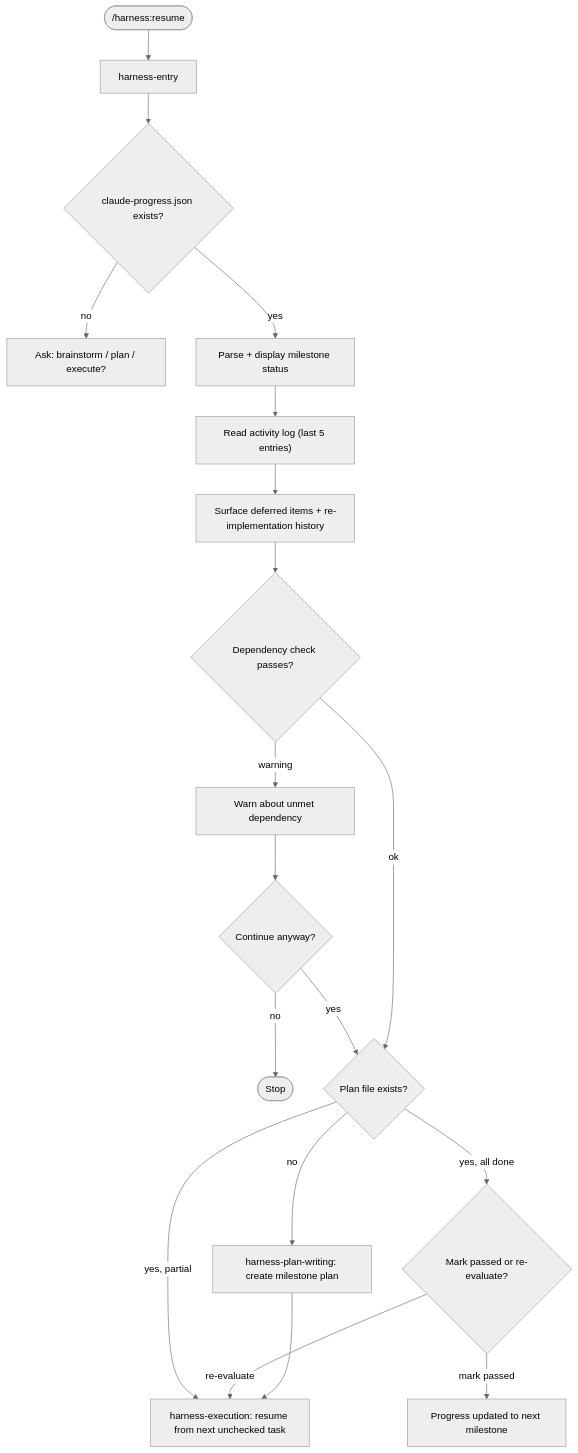
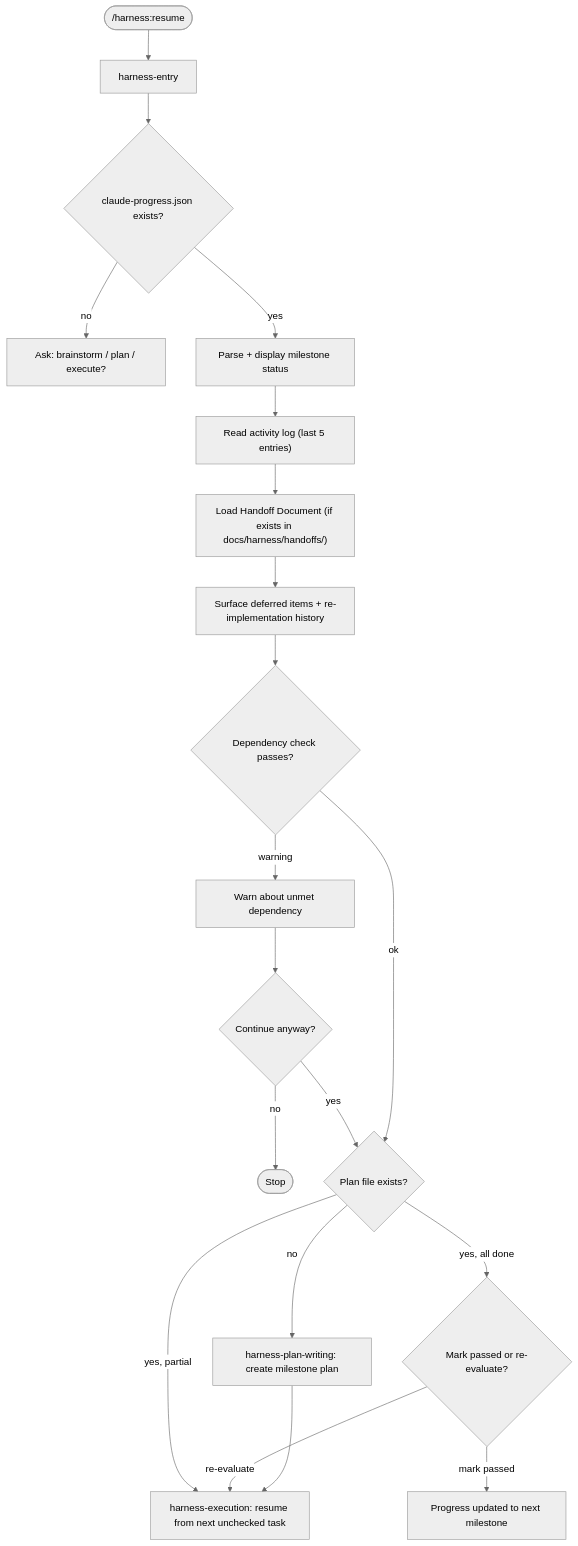
One commit to kuicao55/super-harness changed the second of 3 diagrams in README.md. Above: the diagram before and after it, drawn with Mermaid (neutral theme). The commit also changed other lines of this file and 14 other files, not shown here.

````diff
--- a/README.md
+++ b/README.md
@@ -250,21 +293,22 @@
 ```mermaid
 flowchart TD
     A(["/harness:resume"]) --> B[harness-entry]
     B --> C{"claude-progress.json exists?"}
     C -->|no| D["Ask: brainstorm / plan / execute?"]
     C -->|yes| E[Parse + display milestone status]
     E --> F["Read activity log (last 5 entries)"]
-    F --> G[Surface deferred items + re-implementation history]
+    F --> Fb["Load Handoff Document (if exists in docs/harness/handoffs/)"]
+    Fb --> G[Surface deferred items + re-implementation history]
     G --> H{Dependency check passes?}
     H -->|warning| I[Warn about unmet dependency]
     I --> J{Continue anyway?}
     J -->|no| K([Stop])
     J -->|yes| L
     H -->|ok| L{Plan file exists?}
     L -->|no| M["harness-plan-writing: create milestone plan"]
     L -->|"yes, partial"| N["harness-execution: resume from next unchecked task"]
     L -->|"yes, all done"| O{Mark passed or re-evaluate?}
     O -->|mark passed| P[Progress updated to next milestone]
     O -->|re-evaluate| N
     M --> N
 ```
````
